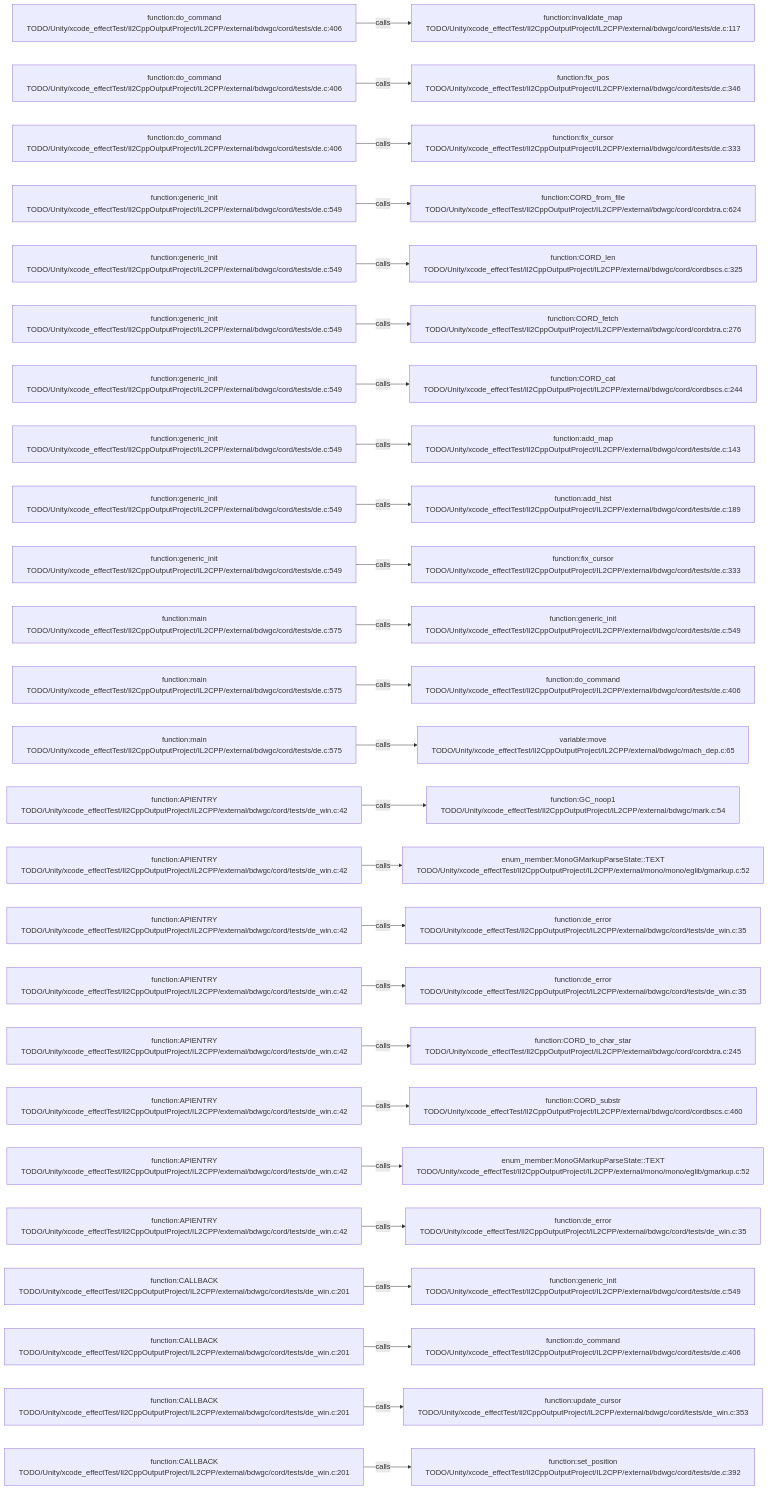
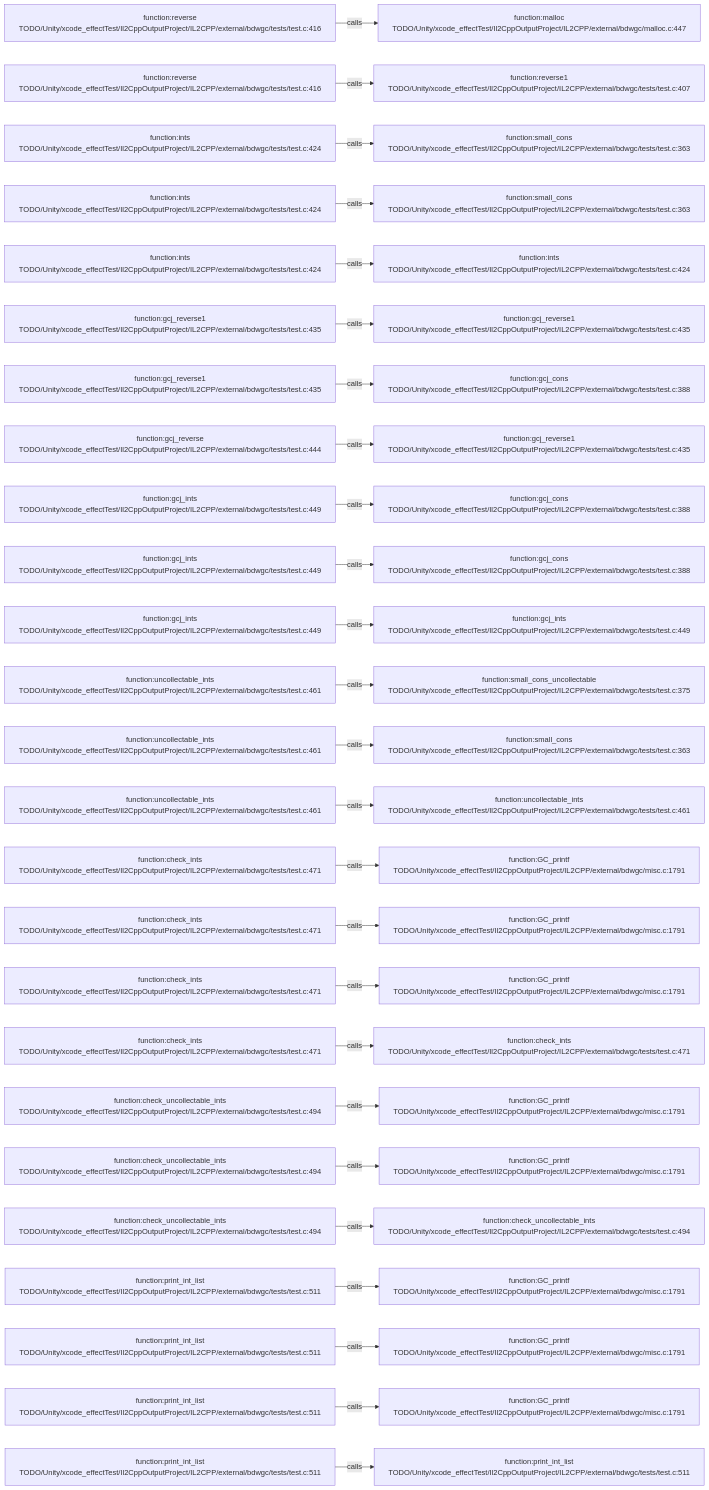
The diagram in .codegraph/codegraph.md/graphs/calls-162.md (JobsKits/JobsSwiftBaseConfigDemo), drawn with Mermaid before and after one commit. The commit also changed 227 other files, not shown here.

````diff
--- a/.codegraph/codegraph.md/graphs/calls-162.md
+++ b/.codegraph/codegraph.md/graphs/calls-162.md
@@ -13,78 +13,78 @@
 ```mermaid
 flowchart LR
-  S1["function:do_command<br/>TODO/Unity/xcode_effectTest/Il2CppOutputProject/IL2CPP/external/bdwgc/cord/tests/de.c:406"]
-  T1["function:invalidate_map<br/>TODO/Unity/xcode_effectTest/Il2CppOutputProject/IL2CPP/external/bdwgc/cord/tests/de.c:117"]
+  S1["function:reverse<br/>TODO/Unity/xcode_effectTest/Il2CppOutputProject/IL2CPP/external/bdwgc/tests/test.c:416"]
+  T1["function:malloc<br/>TODO/Unity/xcode_effectTest/Il2CppOutputProject/IL2CPP/external/bdwgc/malloc.c:447"]
   S1 -->|calls| T1
-  S2["function:do_command<br/>TODO/Unity/xcode_effectTest/Il2CppOutputProject/IL2CPP/external/bdwgc/cord/tests/de.c:406"]
-  T2["function:fix_pos<br/>TODO/Unity/xcode_effectTest/Il2CppOutputProject/IL2CPP/external/bdwgc/cord/tests/de.c:346"]
+  S2["function:reverse<br/>TODO/Unity/xcode_effectTest/Il2CppOutputProject/IL2CPP/external/bdwgc/tests/test.c:416"]
+  T2["function:reverse1<br/>TODO/Unity/xcode_effectTest/Il2CppOutputProject/IL2CPP/external/bdwgc/tests/test.c:407"]
   S2 -->|calls| T2
-  S3["function:do_command<br/>TODO/Unity/xcode_effectTest/Il2CppOutputProject/IL2CPP/external/bdwgc/cord/tests/de.c:406"]
-  T3["function:fix_cursor<br/>TODO/Unity/xcode_effectTest/Il2CppOutputProject/IL2CPP/external/bdwgc/cord/tests/de.c:333"]
+  S3["function:ints<br/>TODO/Unity/xcode_effectTest/Il2CppOutputProject/IL2CPP/external/bdwgc/tests/test.c:424"]
+  T3["function:small_cons<br/>TODO/Unity/xcode_effectTest/Il2CppOutputProject/IL2CPP/external/bdwgc/tests/test.c:363"]
   S3 -->|calls| T3
-  S4["function:generic_init<br/>TODO/Unity/xcode_effectTest/Il2CppOutputProject/IL2CPP/external/bdwgc/cord/tests/de.c:549"]
-  T4["function:CORD_from_file<br/>TODO/Unity/xcode_effectTest/Il2CppOutputProject/IL2CPP/external/bdwgc/cord/cordxtra.c:624"]
+  S4["function:ints<br/>TODO/Unity/xcode_effectTest/Il2CppOutputProject/IL2CPP/external/bdwgc/tests/test.c:424"]
+  T4["function:small_cons<br/>TODO/Unity/xcode_effectTest/Il2CppOutputProject/IL2CPP/external/bdwgc/tests/test.c:363"]
   S4 -->|calls| T4
-  S5["function:generic_init<br/>TODO/Unity/xcode_effectTest/Il2CppOutputProject/IL2CPP/external/bdwgc/cord/tests/de.c:549"]
-  T5["function:CORD_len<br/>TODO/Unity/xcode_effectTest/Il2CppOutputProject/IL2CPP/external/bdwgc/cord/cordbscs.c:325"]
+  S5["function:ints<br/>TODO/Unity/xcode_effectTest/Il2CppOutputProject/IL2CPP/external/bdwgc/tests/test.c:424"]
+  T5["function:ints<br/>TODO/Unity/xcode_effectTest/Il2CppOutputProject/IL2CPP/external/bdwgc/tests/test.c:424"]
   S5 -->|calls| T5
-  S6["function:generic_init<br/>TODO/Unity/xcode_effectTest/Il2CppOutputProject/IL2CPP/external/bdwgc/cord/tests/de.c:549"]
-  T6["function:CORD_fetch<br/>TODO/Unity/xcode_effectTest/Il2CppOutputProject/IL2CPP/external/bdwgc/cord/cordxtra.c:276"]
+  S6["function:gcj_reverse1<br/>TODO/Unity/xcode_effectTest/Il2CppOutputProject/IL2CPP/external/bdwgc/tests/test.c:435"]
+  T6["function:gcj_reverse1<br/>TODO/Unity/xcode_effectTest/Il2CppOutputProject/IL2CPP/external/bdwgc/tests/test.c:435"]
   S6 -->|calls| T6
-  S7["function:generic_init<br/>TODO/Unity/xcode_effectTest/Il2CppOutputProject/IL2CPP/external/bdwgc/cord/tests/de.c:549"]
-  T7["function:CORD_cat<br/>TODO/Unity/xcode_effectTest/Il2CppOutputProject/IL2CPP/external/bdwgc/cord/cordbscs.c:244"]
+  S7["function:gcj_reverse1<br/>TODO/Unity/xcode_effectTest/Il2CppOutputProject/IL2CPP/external/bdwgc/tests/test.c:435"]
+  T7["function:gcj_cons<br/>TODO/Unity/xcode_effectTest/Il2CppOutputProject/IL2CPP/external/bdwgc/tests/test.c:388"]
   S7 -->|calls| T7
-  S8["function:generic_init<br/>TODO/Unity/xcode_effectTest/Il2CppOutputProject/IL2CPP/external/bdwgc/cord/tests/de.c:549"]
-  T8["function:add_map<br/>TODO/Unity/xcode_effectTest/Il2CppOutputProject/IL2CPP/external/bdwgc/cord/tests/de.c:143"]
+  S8["function:gcj_reverse<br/>TODO/Unity/xcode_effectTest/Il2CppOutputProject/IL2CPP/external/bdwgc/tests/test.c:444"]
+  T8["function:gcj_reverse1<br/>TODO/Unity/xcode_effectTest/Il2CppOutputProject/IL2CPP/external/bdwgc/tests/test.c:435"]
   S8 -->|calls| T8
-  S9["function:generic_init<br/>TODO/Unity/xcode_effectTest/Il2CppOutputProject/IL2CPP/external/bdwgc/cord/tests/de.c:549"]
-  T9["function:add_hist<br/>TODO/Unity/xcode_effectTest/Il2CppOutputProject/IL2CPP/external/bdwgc/cord/tests/de.c:189"]
+  S9["function:gcj_ints<br/>TODO/Unity/xcode_effectTest/Il2CppOutputProject/IL2CPP/external/bdwgc/tests/test.c:449"]
+  T9["function:gcj_cons<br/>TODO/Unity/xcode_effectTest/Il2CppOutputProject/IL2CPP/external/bdwgc/tests/test.c:388"]
   S9 -->|calls| T9
-  S10["function:generic_init<br/>TODO/Unity/xcode_effectTest/Il2CppOutputProject/IL2CPP/external/bdwgc/cord/tests/de.c:549"]
-  T10["function:fix_cursor<br/>TODO/Unity/xcode_effectTest/Il2CppOutputProject/IL2CPP/external/bdwgc/cord/tests/de.c:333"]
+  S10["function:gcj_ints<br/>TODO/Unity/xcode_effectTest/Il2CppOutputProject/IL2CPP/external/bdwgc/tests/test.c:449"]
+  T10["function:gcj_cons<br/>TODO/Unity/xcode_effectTest/Il2CppOutputProject/IL2CPP/external/bdwgc/tests/test.c:388"]
   S10 -->|calls| T10
-  S11["function:main<br/>TODO/Unity/xcode_effectTest/Il2CppOutputProject/IL2CPP/external/bdwgc/cord/tests/de.c:575"]
-  T11["function:generic_init<br/>TODO/Unity/xcode_effectTest/Il2CppOutputProject/IL2CPP/external/bdwgc/cord/tests/de.c:549"]
+  S11["function:gcj_ints<br/>TODO/Unity/xcode_effectTest/Il2CppOutputProject/IL2CPP/external/bdwgc/tests/test.c:449"]
+  T11["function:gcj_ints<br/>TODO/Unity/xcode_effectTest/Il2CppOutputProject/IL2CPP/external/bdwgc/tests/test.c:449"]
   S11 -->|calls| T11
-  S12["function:main<br/>TODO/Unity/xcode_effectTest/Il2CppOutputProject/IL2CPP/external/bdwgc/cord/tests/de.c:575"]
-  T12["function:do_command<br/>TODO/Unity/xcode_effectTest/Il2CppOutputProject/IL2CPP/external/bdwgc/cord/tests/de.c:406"]
+  S12["function:uncollectable_ints<br/>TODO/Unity/xcode_effectTest/Il2CppOutputProject/IL2CPP/external/bdwgc/tests/test.c:461"]
+  T12["function:small_cons_uncollectable<br/>TODO/Unity/xcode_effectTest/Il2CppOutputProject/IL2CPP/external/bdwgc/tests/test.c:375"]
   S12 -->|calls| T12
-  S13["function:main<br/>TODO/Unity/xcode_effectTest/Il2CppOutputProject/IL2CPP/external/bdwgc/cord/tests/de.c:575"]
-  T13["variable:move<br/>TODO/Unity/xcode_effectTest/Il2CppOutputProject/IL2CPP/external/bdwgc/mach_dep.c:65"]
+  S13["function:uncollectable_ints<br/>TODO/Unity/xcode_effectTest/Il2CppOutputProject/IL2CPP/external/bdwgc/tests/test.c:461"]
+  T13["function:small_cons<br/>TODO/Unity/xcode_effectTest/Il2CppOutputProject/IL2CPP/external/bdwgc/tests/test.c:363"]
   S13 -->|calls| T13
-  S14["function:APIENTRY<br/>TODO/Unity/xcode_effectTest/Il2CppOutputProject/IL2CPP/external/bdwgc/cord/tests/de_win.c:42"]
-  T14["function:GC_noop1<br/>TODO/Unity/xcode_effectTest/Il2CppOutputProject/IL2CPP/external/bdwgc/mark.c:54"]
+  S14["function:uncollectable_ints<br/>TODO/Unity/xcode_effectTest/Il2CppOutputProject/IL2CPP/external/bdwgc/tests/test.c:461"]
+  T14["function:uncollectable_ints<br/>TODO/Unity/xcode_effectTest/Il2CppOutputProject/IL2CPP/external/bdwgc/tests/test.c:461"]
   S14 -->|calls| T14
-  S15["function:APIENTRY<br/>TODO/Unity/xcode_effectTest/Il2CppOutputProject/IL2CPP/external/bdwgc/cord/tests/de_win.c:42"]
-  T15["enum_member:MonoGMarkupParseState::TEXT<br/>TODO/Unity/xcode_effectTest/Il2CppOutputProject/IL2CPP/external/mono/mono/eglib/gmarkup.c:52"]
+  S15["function:check_ints<br/>TODO/Unity/xcode_effectTest/Il2CppOutputProject/IL2CPP/external/bdwgc/tests/test.c:471"]
+  T15["function:GC_printf<br/>TODO/Unity/xcode_effectTest/Il2CppOutputProject/IL2CPP/external/bdwgc/misc.c:1791"]
   S15 -->|calls| T15
-  S16["function:APIENTRY<br/>TODO/Unity/xcode_effectTest/Il2CppOutputProject/IL2CPP/external/bdwgc/cord/tests/de_win.c:42"]
-  T16["function:de_error<br/>TODO/Unity/xcode_effectTest/Il2CppOutputProject/IL2CPP/external/bdwgc/cord/tests/de_win.c:35"]
+  S16["function:check_ints<br/>TODO/Unity/xcode_effectTest/Il2CppOutputProject/IL2CPP/external/bdwgc/tests/test.c:471"]
+  T16["function:GC_printf<br/>TODO/Unity/xcode_effectTest/Il2CppOutputProject/IL2CPP/external/bdwgc/misc.c:1791"]
   S16 -->|calls| T16
-  S17["function:APIENTRY<br/>TODO/Unity/xcode_effectTest/Il2CppOutputProject/IL2CPP/external/bdwgc/cord/tests/de_win.c:42"]
-  T17["function:de_error<br/>TODO/Unity/xcode_effectTest/Il2CppOutputProject/IL2CPP/external/bdwgc/cord/tests/de_win.c:35"]
+  S17["function:check_ints<br/>TODO/Unity/xcode_effectTest/Il2CppOutputProject/IL2CPP/external/bdwgc/tests/test.c:471"]
+  T17["function:GC_printf<br/>TODO/Unity/xcode_effectTest/Il2CppOutputProject/IL2CPP/external/bdwgc/misc.c:1791"]
   S17 -->|calls| T17
-  S18["function:APIENTRY<br/>TODO/Unity/xcode_effectTest/Il2CppOutputProject/IL2CPP/external/bdwgc/cord/tests/de_win.c:42"]
-  T18["function:CORD_to_char_star<br/>TODO/Unity/xcode_effectTest/Il2CppOutputProject/IL2CPP/external/bdwgc/cord/cordxtra.c:245"]
+  S18["function:check_ints<br/>TODO/Unity/xcode_effectTest/Il2CppOutputProject/IL2CPP/external/bdwgc/tests/test.c:471"]
+  T18["function:check_ints<br/>TODO/Unity/xcode_effectTest/Il2CppOutputProject/IL2CPP/external/bdwgc/tests/test.c:471"]
   S18 -->|calls| T18
-  S19["function:APIENTRY<br/>TODO/Unity/xcode_effectTest/Il2CppOutputProject/IL2CPP/external/bdwgc/cord/tests/de_win.c:42"]
-  T19["function:CORD_substr<br/>TODO/Unity/xcode_effectTest/Il2CppOutputProject/IL2CPP/external/bdwgc/cord/cordbscs.c:460"]
+  S19["function:check_uncollectable_ints<br/>TODO/Unity/xcode_effectTest/Il2CppOutputProject/IL2CPP/external/bdwgc/tests/test.c:494"]
+  T19["function:GC_printf<br/>TODO/Unity/xcode_effectTest/Il2CppOutputProject/IL2CPP/external/bdwgc/misc.c:1791"]
   S19 -->|calls| T19
-  S20["function:APIENTRY<br/>TODO/Unity/xcode_effectTest/Il2CppOutputProject/IL2CPP/external/bdwgc/cord/tests/de_win.c:42"]
-  T20["enum_member:MonoGMarkupParseState::TEXT<br/>TODO/Unity/xcode_effectTest/Il2CppOutputProject/IL2CPP/external/mono/mono/eglib/gmarkup.c:52"]
+  S20["function:check_uncollectable_ints<br/>TODO/Unity/xcode_effectTest/Il2CppOutputProject/IL2CPP/external/bdwgc/tests/test.c:494"]
+  T20["function:GC_printf<br/>TODO/Unity/xcode_effectTest/Il2CppOutputProject/IL2CPP/external/bdwgc/misc.c:1791"]
   S20 -->|calls| T20
-  S21["function:APIENTRY<br/>TODO/Unity/xcode_effectTest/Il2CppOutputProject/IL2CPP/external/bdwgc/cord/tests/de_win.c:42"]
-  T21["function:de_error<br/>TODO/Unity/xcode_effectTest/Il2CppOutputProject/IL2CPP/external/bdwgc/cord/tests/de_win.c:35"]
+  S21["function:check_uncollectable_ints<br/>TODO/Unity/xcode_effectTest/Il2CppOutputProject/IL2CPP/external/bdwgc/tests/test.c:494"]
+  T21["function:check_uncollectable_ints<br/>TODO/Unity/xcode_effectTest/Il2CppOutputProject/IL2CPP/external/bdwgc/tests/test.c:494"]
   S21 -->|calls| T21
-  S22["function:CALLBACK<br/>TODO/Unity/xcode_effectTest/Il2CppOutputProject/IL2CPP/external/bdwgc/cord/tests/de_win.c:201"]
-  T22["function:generic_init<br/>TODO/Unity/xcode_effectTest/Il2CppOutputProject/IL2CPP/external/bdwgc/cord/tests/de.c:549"]
+  S22["function:print_int_list<br/>TODO/Unity/xcode_effectTest/Il2CppOutputProject/IL2CPP/external/bdwgc/tests/test.c:511"]
+  T22["function:GC_printf<br/>TODO/Unity/xcode_effectTest/Il2CppOutputProject/IL2CPP/external/bdwgc/misc.c:1791"]
   S22 -->|calls| T22
-  S23["function:CALLBACK<br/>TODO/Unity/xcode_effectTest/Il2CppOutputProject/IL2CPP/external/bdwgc/cord/tests/de_win.c:201"]
-  T23["function:do_command<br/>TODO/Unity/xcode_effectTest/Il2CppOutputProject/IL2CPP/external/bdwgc/cord/tests/de.c:406"]
+  S23["function:print_int_list<br/>TODO/Unity/xcode_effectTest/Il2CppOutputProject/IL2CPP/external/bdwgc/tests/test.c:511"]
+  T23["function:GC_printf<br/>TODO/Unity/xcode_effectTest/Il2CppOutputProject/IL2CPP/external/bdwgc/misc.c:1791"]
   S23 -->|calls| T23
-  S24["function:CALLBACK<br/>TODO/Unity/xcode_effectTest/Il2CppOutputProject/IL2CPP/external/bdwgc/cord/tests/de_win.c:201"]
-  T24["function:update_cursor<br/>TODO/Unity/xcode_effectTest/Il2CppOutputProject/IL2CPP/external/bdwgc/cord/tests/de_win.c:353"]
+  S24["function:print_int_list<br/>TODO/Unity/xcode_effectTest/Il2CppOutputProject/IL2CPP/external/bdwgc/tests/test.c:511"]
+  T24["function:GC_printf<br/>TODO/Unity/xcode_effectTest/Il2CppOutputProject/IL2CPP/external/bdwgc/misc.c:1791"]
   S24 -->|calls| T24
-  S25["function:CALLBACK<br/>TODO/Unity/xcode_effectTest/Il2CppOutputProject/IL2CPP/external/bdwgc/cord/tests/de_win.c:201"]
-  T25["function:set_position<br/>TODO/Unity/xcode_effectTest/Il2CppOutputProject/IL2CPP/external/bdwgc/cord/tests/de.c:392"]
+  S25["function:print_int_list<br/>TODO/Unity/xcode_effectTest/Il2CppOutputProject/IL2CPP/external/bdwgc/tests/test.c:511"]
+  T25["function:print_int_list<br/>TODO/Unity/xcode_effectTest/Il2CppOutputProject/IL2CPP/external/bdwgc/tests/test.c:511"]
   S25 -->|calls| T25
 ```
````
